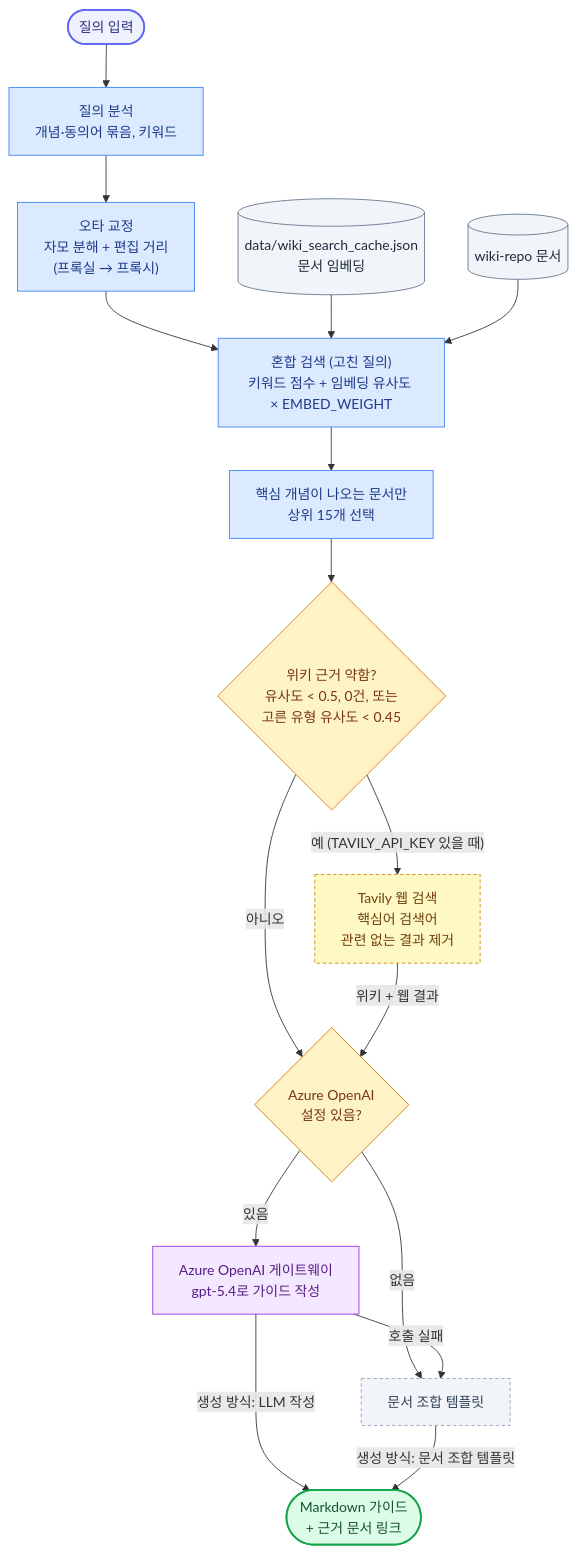
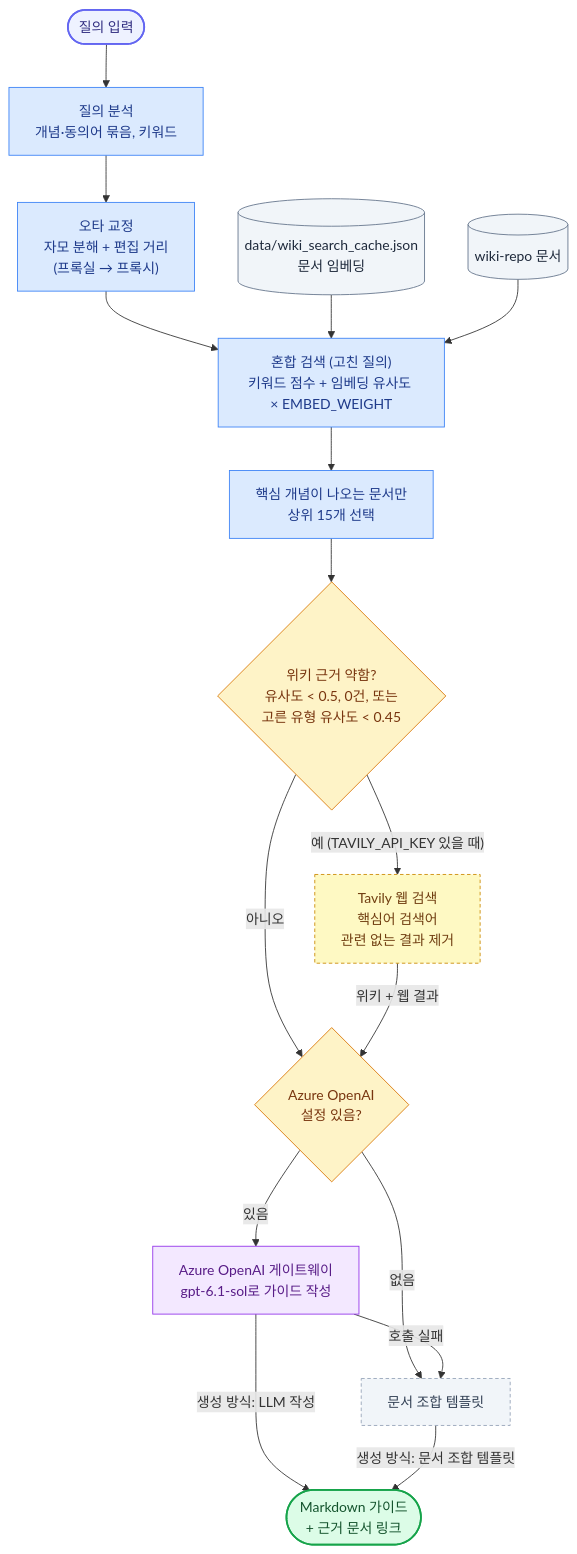
The fourth of 7 diagrams in README.md (pcmola/ai-master), drawn with Mermaid before and after one commit. The commit also changed other lines of this file and 6 other files, not shown here.

````diff
--- a/README.md
+++ b/README.md
@@ -240,36 +240,36 @@
 ```mermaid
 flowchart TD
     q(["질의 입력"]) --> analyze["질의 분석<br/>개념·동의어 묶음, 키워드"]
     analyze --> typo["오타 교정<br/>자모 분해 + 편집 거리<br/>(프록실 → 프록시)"]
     typo --> rank["혼합 검색 (고친 질의)<br/>키워드 점수 + 임베딩 유사도 × EMBED_WEIGHT"]
     cache[("data/wiki_search_cache.json<br/>문서 임베딩")] --> rank
     repo[("wiki-repo 문서")] --> rank
     rank --> filter["핵심 개념이 나오는 문서만<br/>상위 15개 선택"]
     filter --> weak{"위키 근거 약함?<br/>유사도 &lt; 0.5, 0건, 또는<br/>고른 유형 유사도 &lt; 0.45"}
     weak -- "예 (TAVILY_API_KEY 있을 때)" --> web["Tavily 웹 검색<br/>핵심어 검색어<br/>관련 없는 결과 제거"]
     weak -- "아니오" --> llm{"Azure OpenAI<br/>설정 있음?"}
     web -- "위키 + 웹 결과" --> llm
-    llm -- "있음" --> openai["Azure OpenAI 게이트웨이<br/>gpt-5.4로 가이드 작성"]
+    llm -- "있음" --> openai["Azure OpenAI 게이트웨이<br/>gpt-6.1-sol로 가이드 작성"]
     llm -- "없음" --> tpl["문서 조합 템플릿"]
     openai -- "호출 실패" --> tpl
     openai -- "생성 방식: LLM 작성" --> out(["Markdown 가이드<br/>+ 근거 문서 링크"])
     tpl -- "생성 방식: 문서 조합 템플릿" --> out
 
     classDef io fill:#EEF2FF,stroke:#6366F1,stroke-width:2px,color:#312E81
     classDef step fill:#DBEAFE,stroke:#3B82F6,color:#1E3A8A
     classDef store fill:#F1F5F9,stroke:#64748B,color:#1E293B
     classDef decide fill:#FEF3C7,stroke:#D97706,color:#78350F
     classDef llm fill:#F3E8FF,stroke:#9333EA,color:#581C87
     classDef webq fill:#FEF9C3,stroke:#CA8A04,stroke-dasharray:4 3,color:#713F12
     classDef fallback fill:#F1F5F9,stroke:#94A3B8,stroke-dasharray:4 3,color:#334155
     classDef done fill:#DCFCE7,stroke:#16A34A,stroke-width:2px,color:#14532D
     class q io
     class analyze,typo,rank,filter step
     class cache,repo store
     class weak decide
     class web webq
     class llm decide
     class openai llm
     class tpl fallback
     class out done
 ```
````
